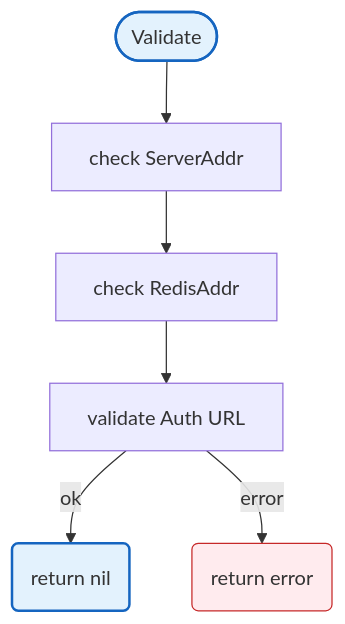
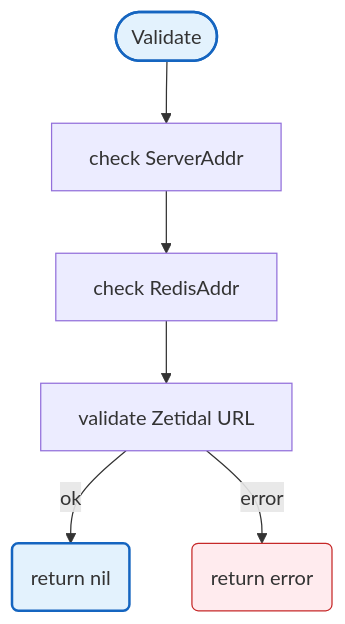
The second of 2 diagrams in docs/config/README.md (radch-ai/ava), drawn with Mermaid before and after one commit. The commit also changed other lines of this file and 8 other files, not shown here.

First line of the commit message:
refactor(config): rename AUTH_SERVICE_URL to ZETIDAL_URL, remove timeout

````diff
--- a/docs/config/README.md
+++ b/docs/config/README.md
@@ -30,14 +26,14 @@
 ```mermaid
 flowchart TB
     Start([Validate]) --> CheckAddr["check ServerAddr"]
     CheckAddr --> CheckRedis["check RedisAddr"]
-    CheckRedis --> CheckURL["validate Auth URL"]
+    CheckRedis --> CheckURL["validate Zetidal URL"]
     CheckURL -->|ok| DoneOk("return nil")
     CheckURL -->|error| DoneErr("return error")
 
     classDef mainFn fill:#e3f2fd,stroke:#1565c0,stroke-width:2px
     classDef errorFlow fill:#ffebee,stroke:#c62828,stroke-width:1px
 
     class Start,DoneOk mainFn
     class DoneErr errorFlow
 ```
````
